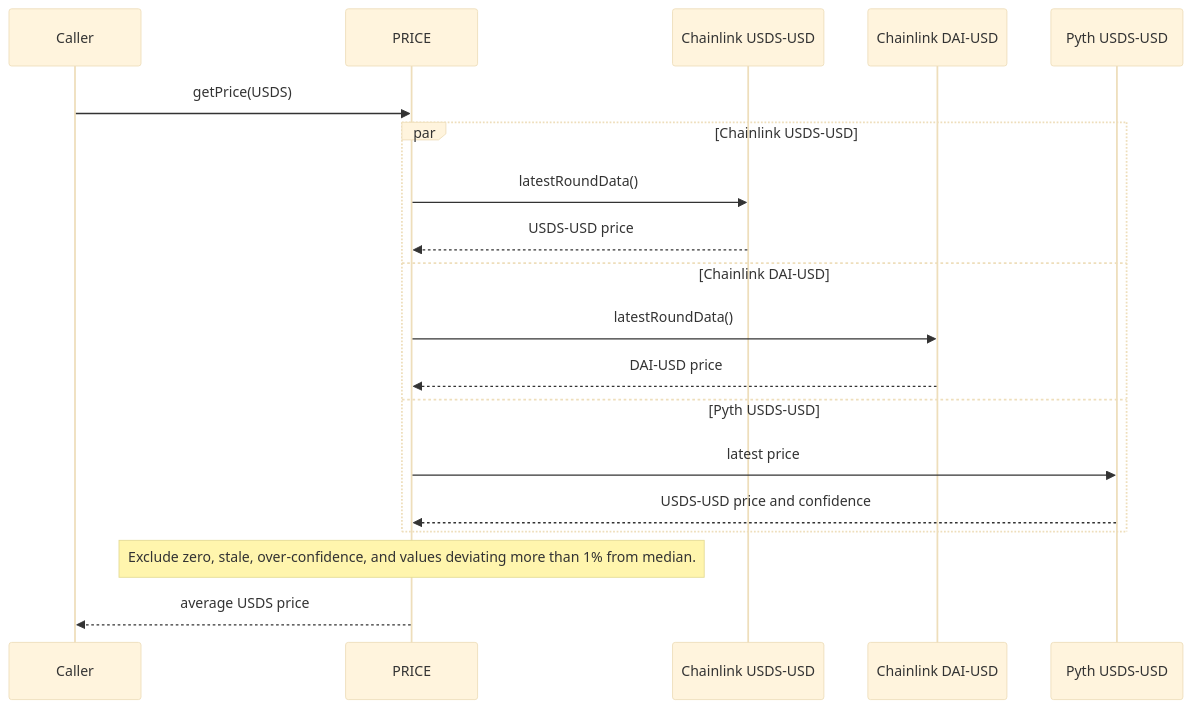
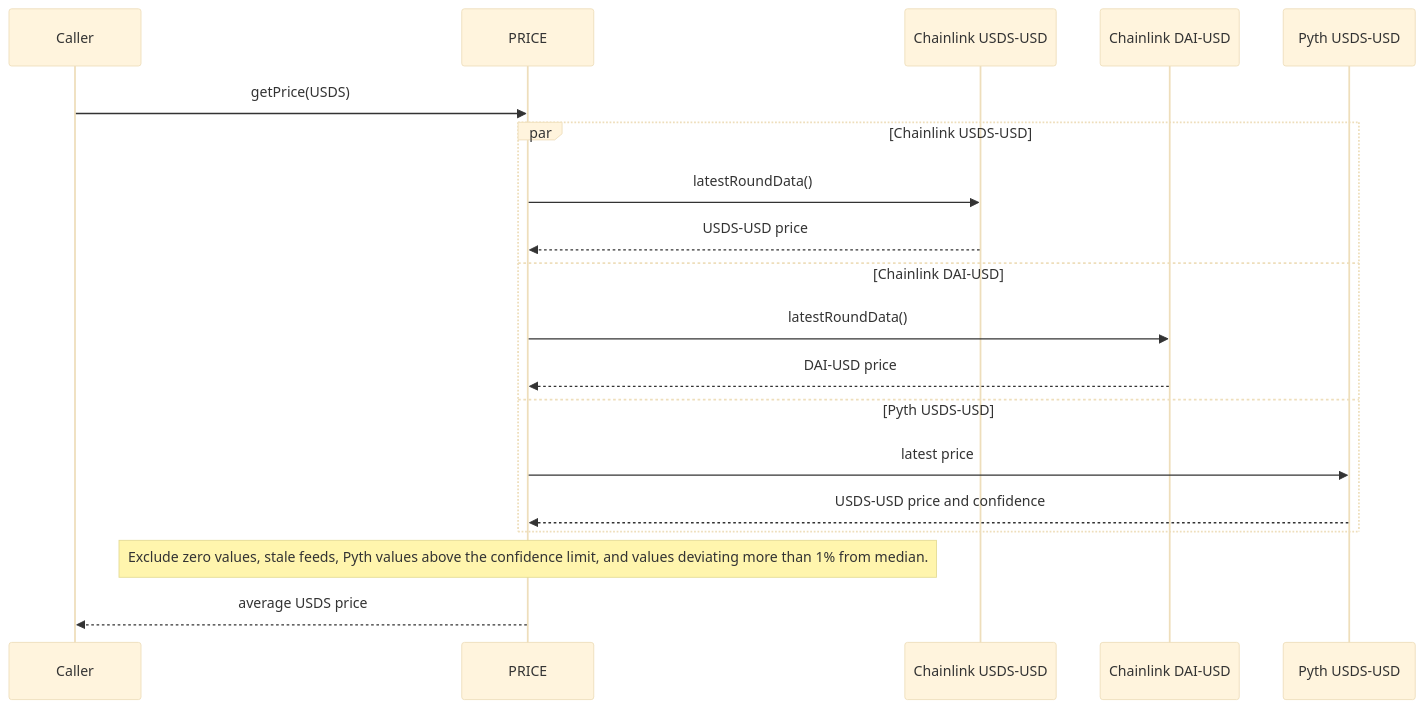
One commit to OlympusDAO/olympus-docs changed the first of 3 diagrams in docs/overview/09_asset-configuration.md. Above: the diagram before and after it, drawn with Mermaid (base theme). The commit also changed other lines of this file and 2 other files, not shown here.

Commit message:
docs: document price oracle adapters

````diff
--- a/docs/overview/09_asset-configuration.md
+++ b/docs/overview/09_asset-configuration.md
@@ -63,22 +65,22 @@
 ```mermaid
 sequenceDiagram
     participant Caller
     participant PRICE
     participant CL_USDS as Chainlink USDS-USD
     participant CL_DAI as Chainlink DAI-USD
     participant PYTH_USDS as Pyth USDS-USD
 
     Caller->>PRICE: getPrice(USDS)
     par Chainlink USDS-USD
         PRICE->>CL_USDS: latestRoundData()
         CL_USDS-->>PRICE: USDS-USD price
     and Chainlink DAI-USD
         PRICE->>CL_DAI: latestRoundData()
         CL_DAI-->>PRICE: DAI-USD price
     and Pyth USDS-USD
         PRICE->>PYTH_USDS: latest price
         PYTH_USDS-->>PRICE: USDS-USD price and confidence
     end
-    Note over PRICE: Exclude zero, stale, over-confidence, and values deviating more than 1% from median.
+    Note over PRICE: Exclude zero values, stale feeds, Pyth values above the confidence limit, and values deviating more than 1% from median.
     PRICE-->>Caller: average USDS price
 ```
````
